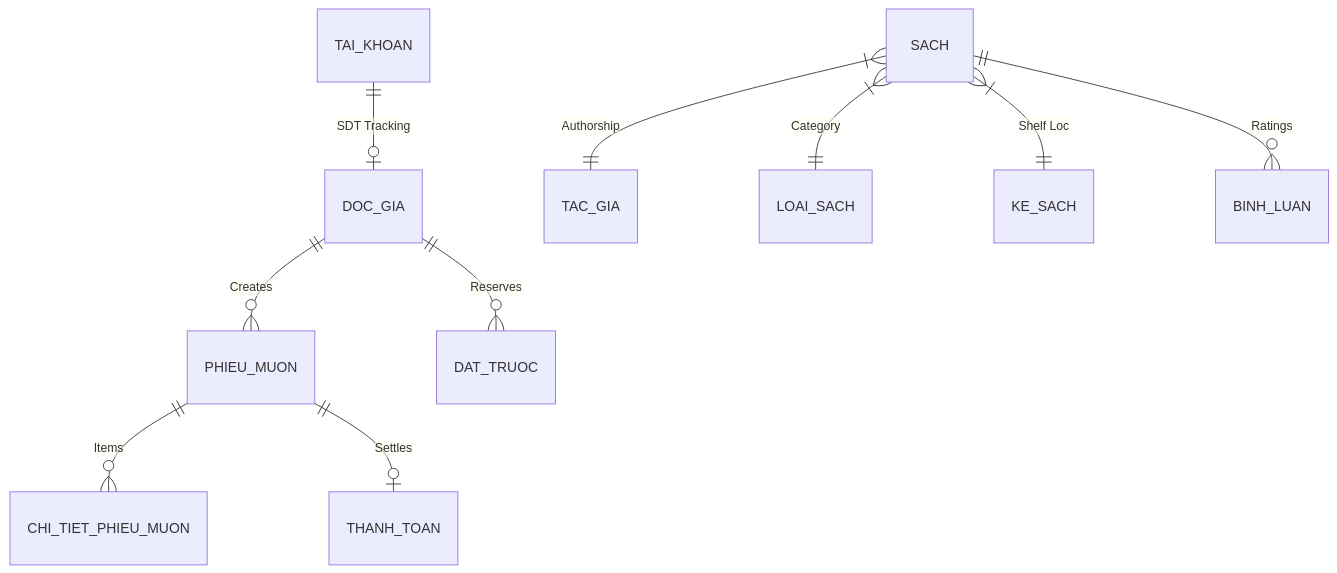
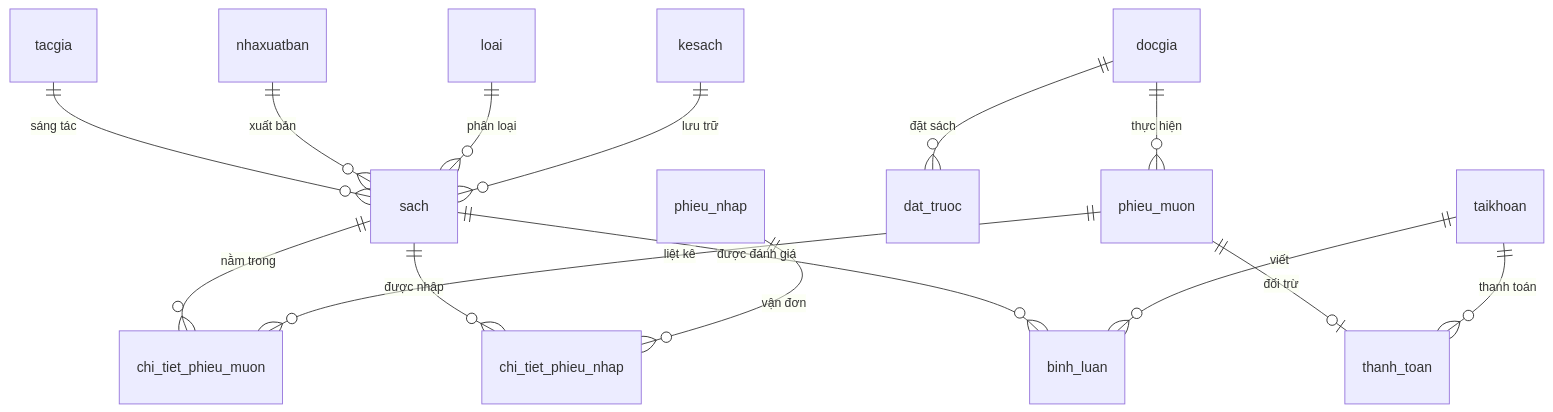
The second of 2 diagrams in README.md (nguyentanphong-12022k5/QL_Sach), drawn with Mermaid before and after one commit. The commit also changed other lines of this file, not shown here.

````diff
--- a/README.md
+++ b/README.md
@@ -81,12 +82,17 @@
 ```mermaid
 erDiagram
-    TAI_KHOAN ||--o| DOC_GIA : "SDT Tracking"
-    DOC_GIA ||--o{ PHIEU_MUON : "Creates"
-    DOC_GIA ||--o{ DAT_TRUOC : "Reserves"
-    PHIEU_MUON ||--o{ CHI_TIET_PHIEU_MUON : "Items"
-    PHIEU_MUON ||--o| THANH_TOAN : "Settles"
-    SACH }|--|| TAC_GIA : "Authorship"
-    SACH }|--|| LOAI_SACH : "Category"
-    SACH }|--|| KE_SACH : "Shelf Loc"
-    SACH ||--o{ BINH_LUAN : "Ratings"
+    tacgia ||--o{ sach : "sáng tác"
+    nhaxuatban ||--o{ sach : "xuất bản"
+    loai ||--o{ sach : "phân loại"
+    kesach ||--o{ sach : "lưu trữ"
+    sach ||--o{ chi_tiet_phieu_muon : "nằm trong"
+    sach ||--o{ chi_tiet_phieu_nhap : "được nhập"
+    sach ||--o{ binh_luan : "được đánh giá"
+    docgia ||--o{ phieu_muon : "thực hiện"
+    docgia ||--o{ dat_truoc : "đặt sách"
+    phieu_muon ||--o{ chi_tiet_phieu_muon : "liệt kê"
+    phieu_muon ||--o| thanh_toan : "đối trừ"
+    phieu_nhap ||--o{ chi_tiet_phieu_nhap : "vận đơn"
+    taikhoan ||--o{ binh_luan : "viết"
+    taikhoan ||--o{ thanh_toan : "thanh toán"
 ```
````
